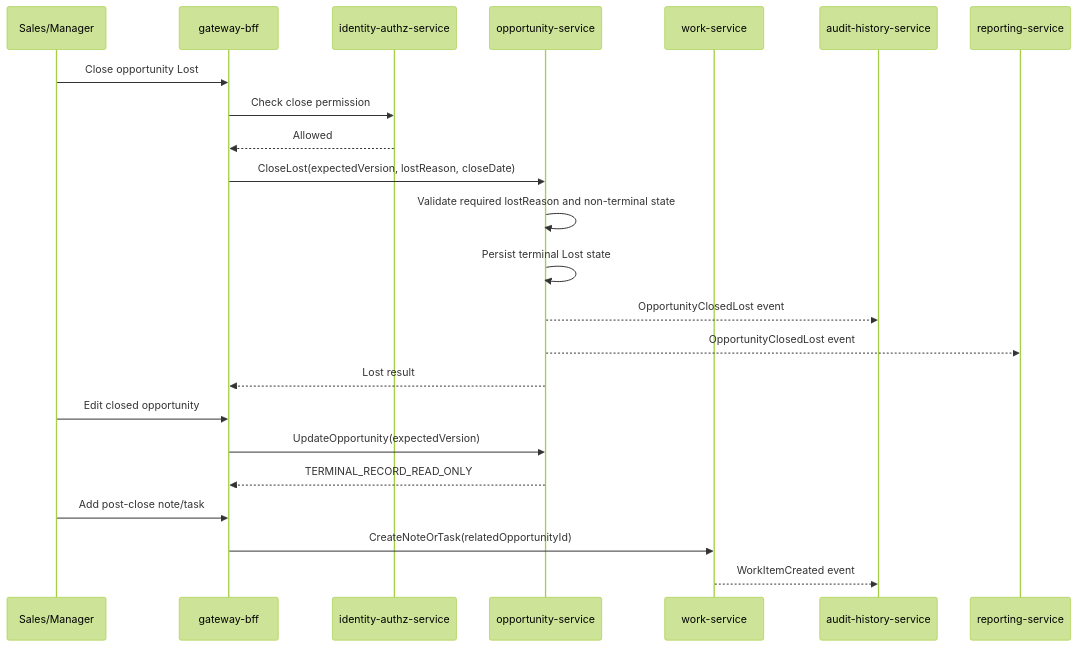
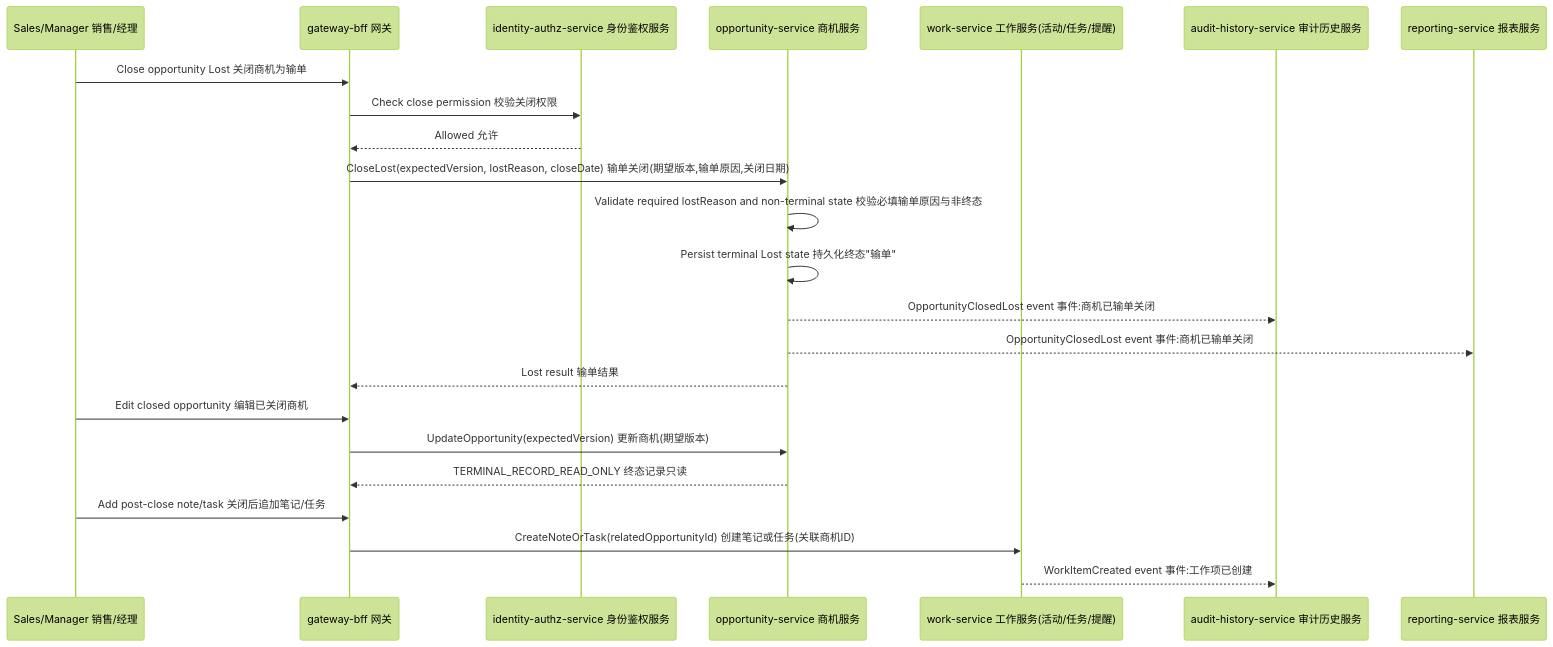
Before and after one commit to Neil996777/crm-system: diagram 13 of 14 in docs/architecture/architecture.md, drawn with Mermaid (forest theme). The commit also changed other lines of this file and 33 other files, not shown here.

````diff
--- a/docs/architecture/architecture.md
+++ b/docs/architecture/architecture.md
@@ -502,26 +502,26 @@
 ```mermaid
 sequenceDiagram
-  participant U as Sales/Manager
-  participant G as gateway-bff
-  participant P as identity-authz-service
-  participant O as opportunity-service
-  participant W as work-service
-  participant H as audit-history-service
-  participant R as reporting-service
+  participant U as Sales/Manager 销售/经理
+  participant G as gateway-bff 网关
+  participant P as identity-authz-service 身份鉴权服务
+  participant O as opportunity-service 商机服务
+  participant W as work-service 工作服务(活动/任务/提醒)
+  participant H as audit-history-service 审计历史服务
+  participant R as reporting-service 报表服务
 
-  U->>G: Close opportunity Lost
-  G->>P: Check close permission
-  P-->>G: Allowed
-  G->>O: CloseLost(expectedVersion, lostReason, closeDate)
-  O->>O: Validate required lostReason and non-terminal state
-  O->>O: Persist terminal Lost state
-  O-->>H: OpportunityClosedLost event
-  O-->>R: OpportunityClosedLost event
-  O-->>G: Lost result
-  U->>G: Edit closed opportunity
-  G->>O: UpdateOpportunity(expectedVersion)
-  O-->>G: TERMINAL_RECORD_READ_ONLY
-  U->>G: Add post-close note/task
-  G->>W: CreateNoteOrTask(relatedOpportunityId)
-  W-->>H: WorkItemCreated event
+  U->>G: Close opportunity Lost 关闭商机为输单
+  G->>P: Check close permission 校验关闭权限
+  P-->>G: Allowed 允许
+  G->>O: CloseLost(expectedVersion, lostReason, closeDate) 输单关闭(期望版本,输单原因,关闭日期)
+  O->>O: Validate required lostReason and non-terminal state 校验必填输单原因与非终态
+  O->>O: Persist terminal Lost state 持久化终态"输单"
+  O-->>H: OpportunityClosedLost event 事件:商机已输单关闭
+  O-->>R: OpportunityClosedLost event 事件:商机已输单关闭
+  O-->>G: Lost result 输单结果
+  U->>G: Edit closed opportunity 编辑已关闭商机
+  G->>O: UpdateOpportunity(expectedVersion) 更新商机(期望版本)
+  O-->>G: TERMINAL_RECORD_READ_ONLY 终态记录只读
+  U->>G: Add post-close note/task 关闭后追加笔记/任务
+  G->>W: CreateNoteOrTask(relatedOpportunityId) 创建笔记或任务(关联商机ID)
+  W-->>H: WorkItemCreated event 事件:工作项已创建
 ```
````
